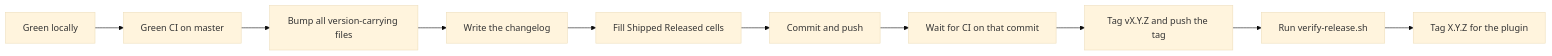
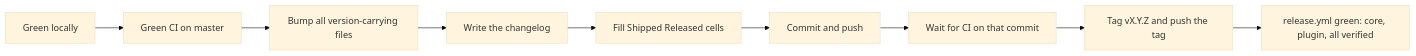
One commit to michal-niedzwiedzki/visimark changed the second of 2 diagrams in docs/releasing.md. Above: the diagram before and after it, drawn with Mermaid (base theme). The commit also changed other lines of this file and 5 other files, not shown here.

````diff
--- a/docs/releasing.md
+++ b/docs/releasing.md
@@ -325,12 +335,11 @@
 ```mermaid
 flowchart LR
   local[Green locally] --> ci[Green CI on master]
   ci --> bump[Bump all version-carrying files]
   bump --> cl[Write the changelog]
   cl --> promo[Fill Shipped Released cells]
   promo --> commit[Commit and push]
   commit --> wait[Wait for CI on that commit]
   wait --> tag[Tag vX.Y.Z and push the tag]
-  tag --> verify[Run verify-release.sh]
-  verify --> otag[Tag X.Y.Z for the plugin]
+  tag --> green[release.yml green: core, plugin, all verified]
 ```
````
